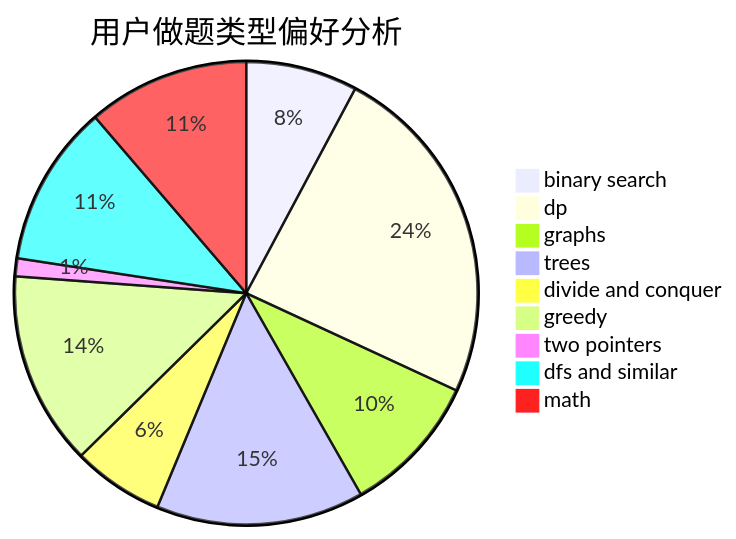
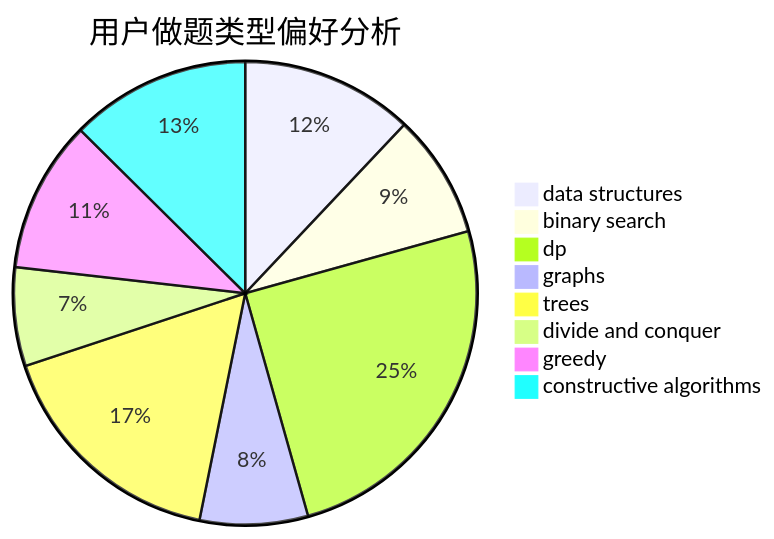
One commit to sherpahu/cfrs.github.io changed the second of 3 diagrams in docs/user/u1247.md. Above: the diagram before and after it, drawn with Mermaid. The commit also changed other lines of this file and 2775 other files, not shown here.

````diff
--- a/docs/user/u1247.md
+++ b/docs/user/u1247.md
@@ -23,12 +23,11 @@
 ```mermaid
 pie title 用户做题类型偏好分析
-    "binary search" :  87
-    "dp" :  269
-    "graphs" :  110
-    "trees" :  162
-    "divide and conquer" :  71
-    "greedy" :  151
-    "two pointers" :  14
-    "dfs and similar" :  126
-    "math" :  126
+    "data structures" :  110
+    "binary search" :  79
+    "dp" :  228
+    "graphs" :  69
+    "trees" :  153
+    "divide and conquer" :  63
+    "greedy" :  97
+    "constructive algorithms" :  115
 ```
````
